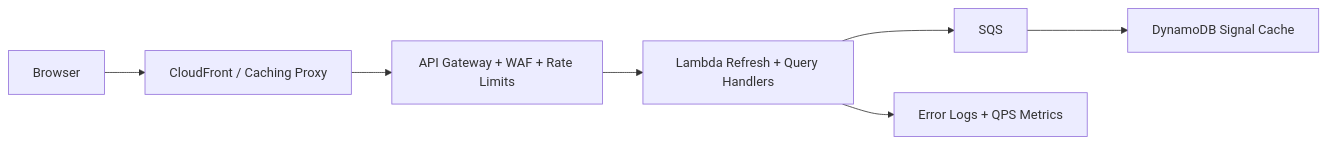
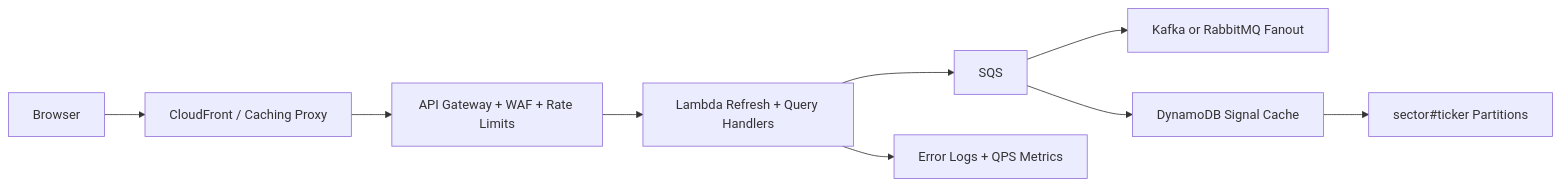
One commit to Sebby1770/stock-alpha- changed the diagram in docs/production-runbook.md. Above: the diagram before and after it, drawn with Mermaid. The commit also changed other lines of this file and 7 other files, not shown here.

Commit message:
Expand production ops architecture

````diff
--- a/docs/production-runbook.md
+++ b/docs/production-runbook.md
@@ -46,9 +50,11 @@
 ```mermaid
 flowchart LR
   Browser --> CDN[CloudFront / Caching Proxy]
   CDN --> API[API Gateway + WAF + Rate Limits]
   API --> Lambda[Lambda Refresh + Query Handlers]
   Lambda --> Queue[SQS]
+  Queue --> Bus[Kafka or RabbitMQ Fanout]
   Queue --> Store[DynamoDB Signal Cache]
+  Store --> Shards[sector#ticker Partitions]
   Lambda --> Logs[Error Logs + QPS Metrics]
 ```
````
